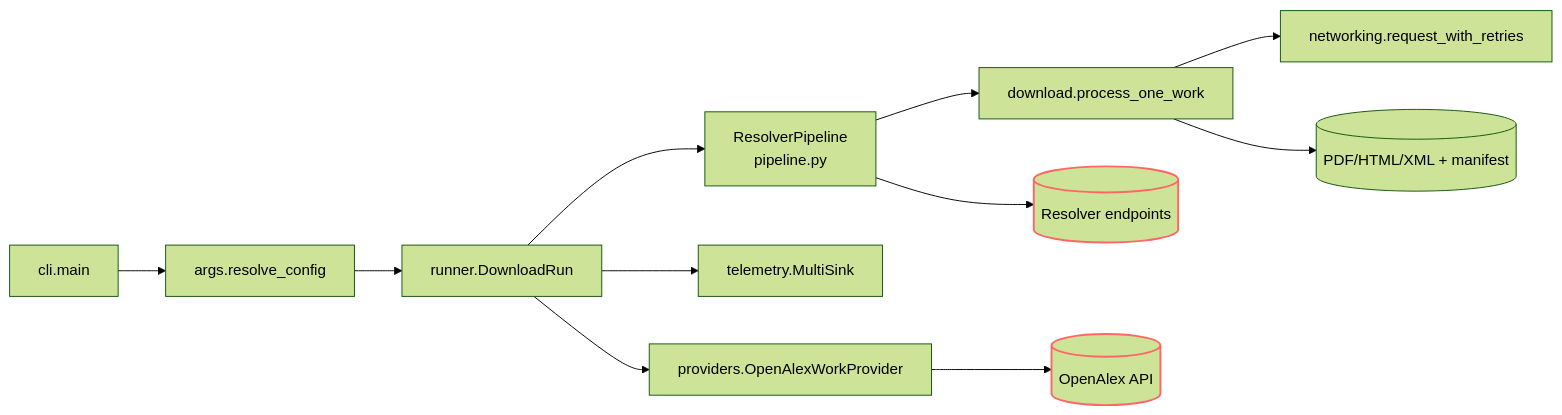
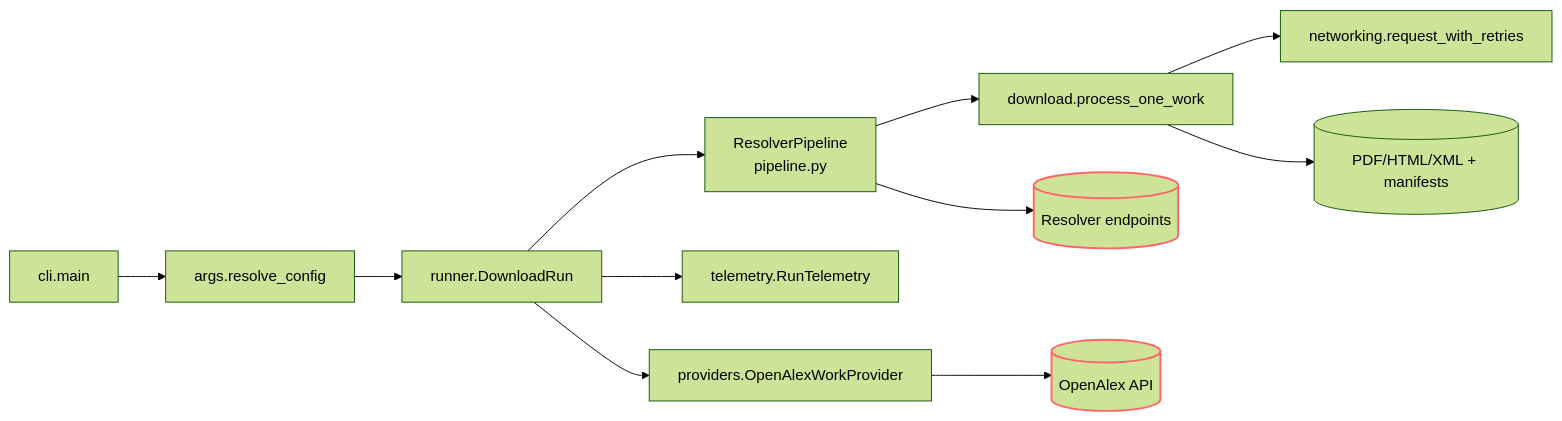
The diagram in src/DocsToKG/ContentDownload/AGENTS.md (paul-heyse/DocsToKG), drawn with Mermaid (forest theme) before and after one commit. The commit also changed other lines of this file and 35 other files, not shown here.

````diff
--- a/src/DocsToKG/ContentDownload/AGENTS.md
+++ b/src/DocsToKG/ContentDownload/AGENTS.md
@@ -291,15 +291,15 @@
 ```mermaid
 flowchart LR
   CLI[cli.main] --> Args[args.resolve_config]
   Args --> Run[runner.DownloadRun]
   Run --> Pipe[ResolverPipeline\npipeline.py]
   Pipe --> Download[download.process_one_work]
   Download --> Net[networking.request_with_retries]
-  Download --> Files[(PDF/HTML/XML + manifest)]
-  Run --> Telemetry[telemetry.MultiSink]
+  Download --> Files[(PDF/HTML/XML + manifests)]
+  Run --> Telemetry[telemetry.RunTelemetry]
   Run --> Provider[providers.OpenAlexWorkProvider]
   Provider --> OA[(OpenAlex API)]
   Pipe --> Resolvers[(Resolver endpoints)]
   classDef ext stroke:#f66,stroke-width:2px;
   class OA,Resolvers ext;
 ```
````
